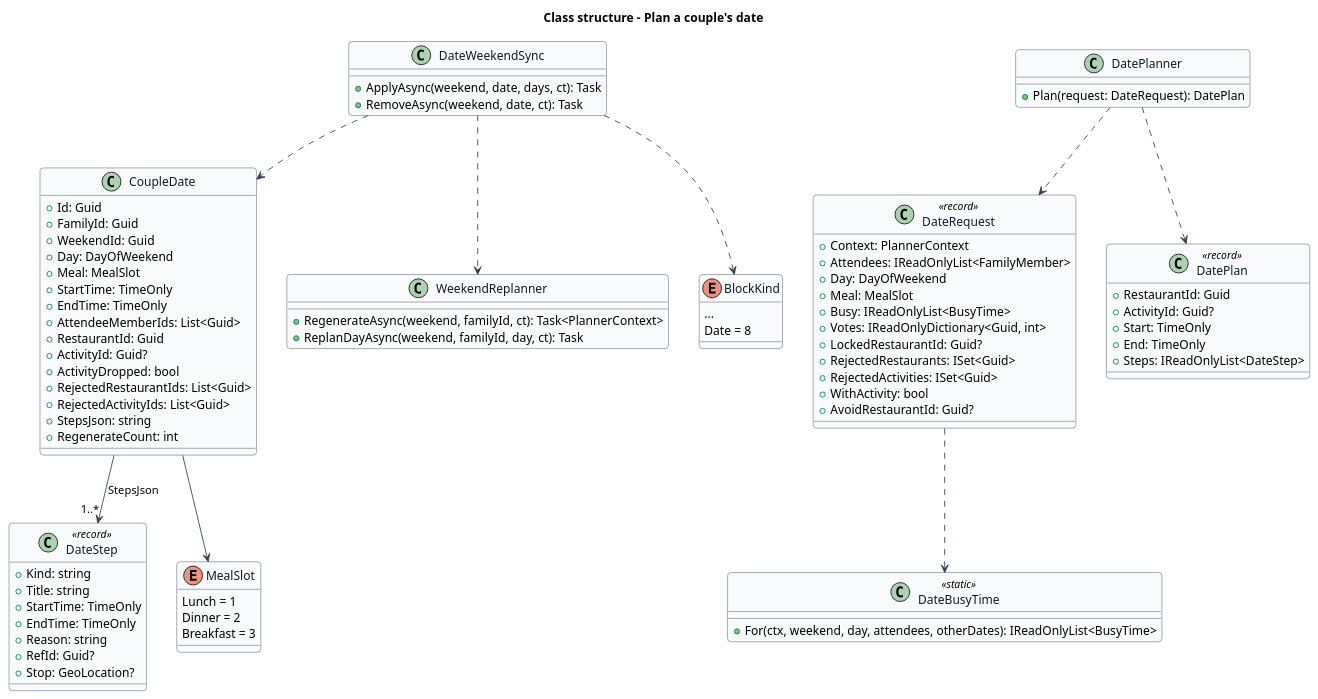
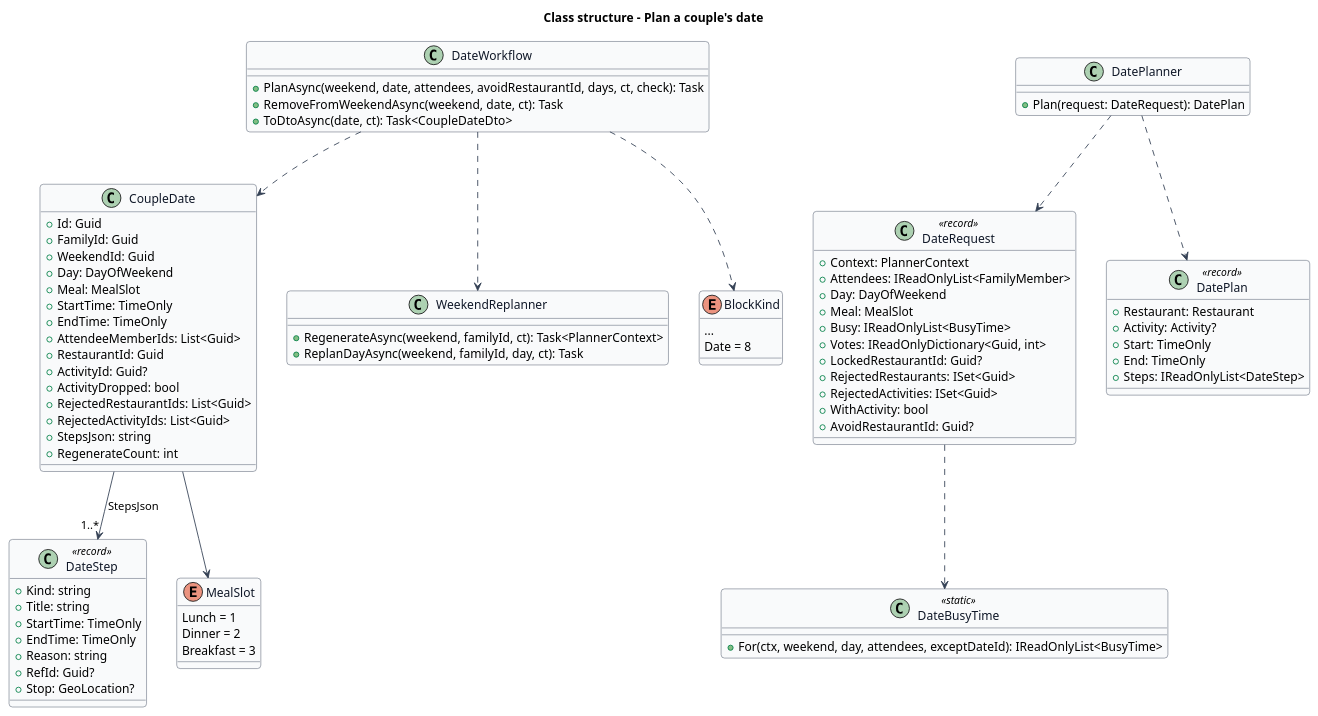
Before and after one commit to QuinntyneBrown/saturdaze: the diagram in docs/detailed-designs/weekend-planning/plan-a-couples-date/diagrams/class-structure.puml, drawn with PlantUML. The commit also changed 10 other files, not shown here.

```diff
--- a/docs/detailed-designs/weekend-planning/plan-a-couples-date/diagrams/class-structure.puml
+++ b/docs/detailed-designs/weekend-planning/plan-a-couples-date/diagrams/class-structure.puml
@@ -1,91 +1,92 @@
 @startuml
 skinparam backgroundColor #FFFFFF
 skinparam shadowing false
 skinparam roundcorner 8
 skinparam defaultFontName Arial
 skinparam ArrowColor #344054
 skinparam class {
   BorderColor #344054
   FontColor #101828
   BackgroundColor #F9FAFB
 }
 title Class structure - Plan a couple's date
 
 class CoupleDate {
   +Id: Guid
   +FamilyId: Guid
   +WeekendId: Guid
   +Day: DayOfWeekend
   +Meal: MealSlot
   +StartTime: TimeOnly
   +EndTime: TimeOnly
   +AttendeeMemberIds: List<Guid>
   +RestaurantId: Guid
   +ActivityId: Guid?
   +ActivityDropped: bool
   +RejectedRestaurantIds: List<Guid>
   +RejectedActivityIds: List<Guid>
   +StepsJson: string
   +RegenerateCount: int
 }
 class DateStep <<record>> {
   +Kind: string
   +Title: string
   +StartTime: TimeOnly
   +EndTime: TimeOnly
   +Reason: string
   +RefId: Guid?
   +Stop: GeoLocation?
 }
 class DateRequest <<record>> {
   +Context: PlannerContext
   +Attendees: IReadOnlyList<FamilyMember>
   +Day: DayOfWeekend
   +Meal: MealSlot
   +Busy: IReadOnlyList<BusyTime>
   +Votes: IReadOnlyDictionary<Guid, int>
   +LockedRestaurantId: Guid?
   +RejectedRestaurants: ISet<Guid>
   +RejectedActivities: ISet<Guid>
   +WithActivity: bool
   +AvoidRestaurantId: Guid?
 }
 class DatePlanner {
   +Plan(request: DateRequest): DatePlan
 }
 class DatePlan <<record>> {
-  +RestaurantId: Guid
-  +ActivityId: Guid?
+  +Restaurant: Restaurant
+  +Activity: Activity?
   +Start: TimeOnly
   +End: TimeOnly
   +Steps: IReadOnlyList<DateStep>
 }
 class DateBusyTime <<static>> {
-  +For(ctx, weekend, day, attendees, otherDates): IReadOnlyList<BusyTime>
+  +For(ctx, weekend, day, attendees, exceptDateId): IReadOnlyList<BusyTime>
 }
-class DateWeekendSync {
-  +ApplyAsync(weekend, date, days, ct): Task
-  +RemoveAsync(weekend, date, ct): Task
+class DateWorkflow {
+  +PlanAsync(weekend, date, attendees, avoidRestaurantId, days, ct, check): Task
+  +RemoveFromWeekendAsync(weekend, date, ct): Task
+  +ToDtoAsync(date, ct): Task<CoupleDateDto>
 }
 class WeekendReplanner {
   +RegenerateAsync(weekend, familyId, ct): Task<PlannerContext>
   +ReplanDayAsync(weekend, familyId, day, ct): Task
 }
 enum MealSlot {
   Lunch = 1
   Dinner = 2
   Breakfast = 3
 }
 enum BlockKind {
   ...
   Date = 8
 }
 CoupleDate --> "1..*" DateStep : StepsJson
 CoupleDate --> MealSlot
 DatePlanner ..> DateRequest
 DatePlanner ..> DatePlan
 DateRequest ..> DateBusyTime
-DateWeekendSync ..> WeekendReplanner
-DateWeekendSync ..> CoupleDate
-DateWeekendSync ..> BlockKind
+DateWorkflow ..> WeekendReplanner
+DateWorkflow ..> CoupleDate
+DateWorkflow ..> BlockKind
 @enduml
```
